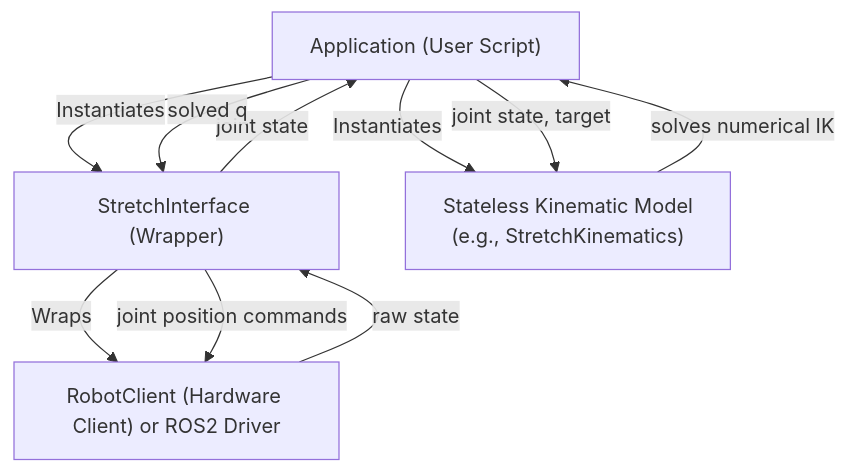
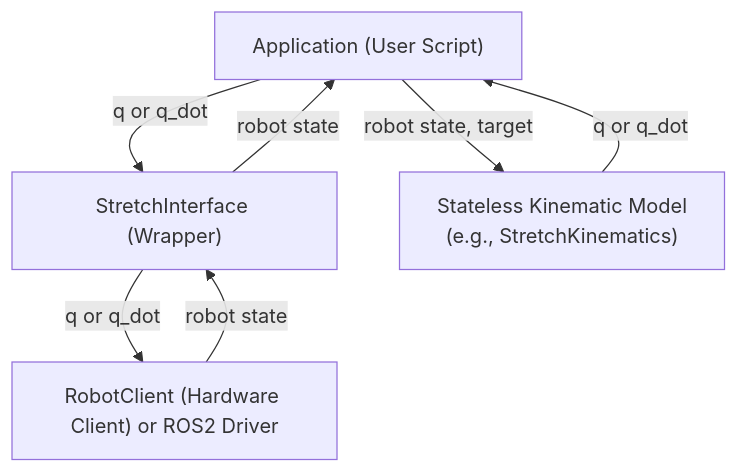
Before and after one commit to hello-robot/stretch4_kinematics: the second of 2 diagrams in README.md, drawn with Mermaid. The commit also changed other lines of this file, not shown here.

````diff
--- a/README.md
+++ b/README.md
@@ -77,20 +71,15 @@
 ```mermaid
 graph TD
     App["Application (User Script)"]
     IF["StretchInterface (Wrapper)"]
     RC["RobotClient (Hardware Client) or ROS2 Driver"]
     Kin["Stateless Kinematic Model<br/>(e.g., StretchKinematics)"]
 
-    %% Instantiation
-    App -->|Instantiates| IF
-    IF -->|Wraps| RC
-    App -->|Instantiates| Kin
-
     %% Data Flow
-    RC -->|raw state| IF
-    IF -->|joint state| App
-    App -->|joint state, target| Kin
-    Kin -->|solves numerical IK| App
-    App -->|solved q| IF
-    IF -->|joint position commands| RC
+    RC -->|robot state| IF
+    IF -->|robot state| App
+    App -->|robot state, target| Kin
+    Kin -->|q or q_dot| App
+    App -->|q or q_dot| IF
+    IF -->|q or q_dot| RC
 ```
````
